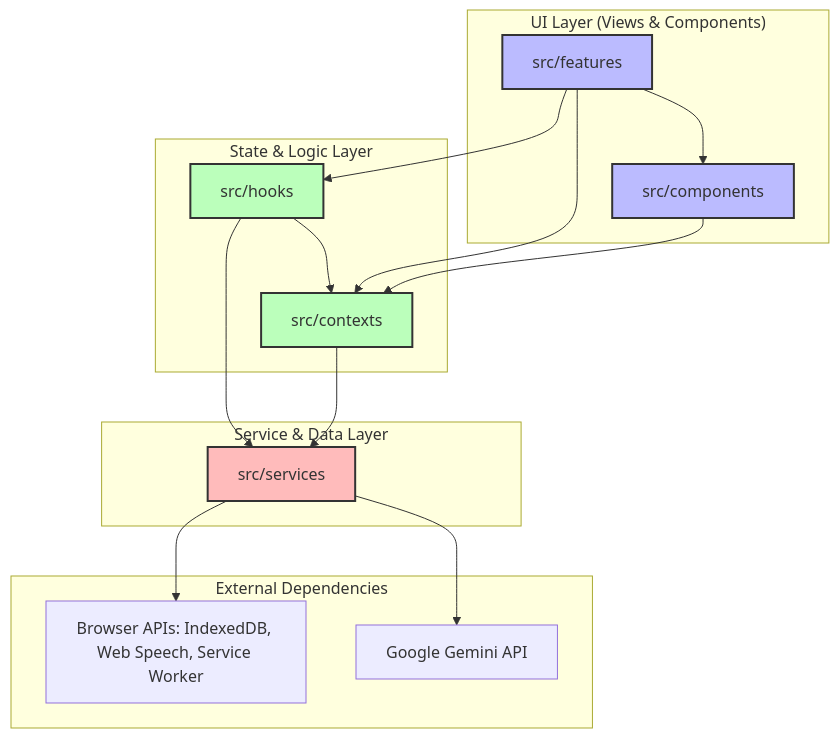
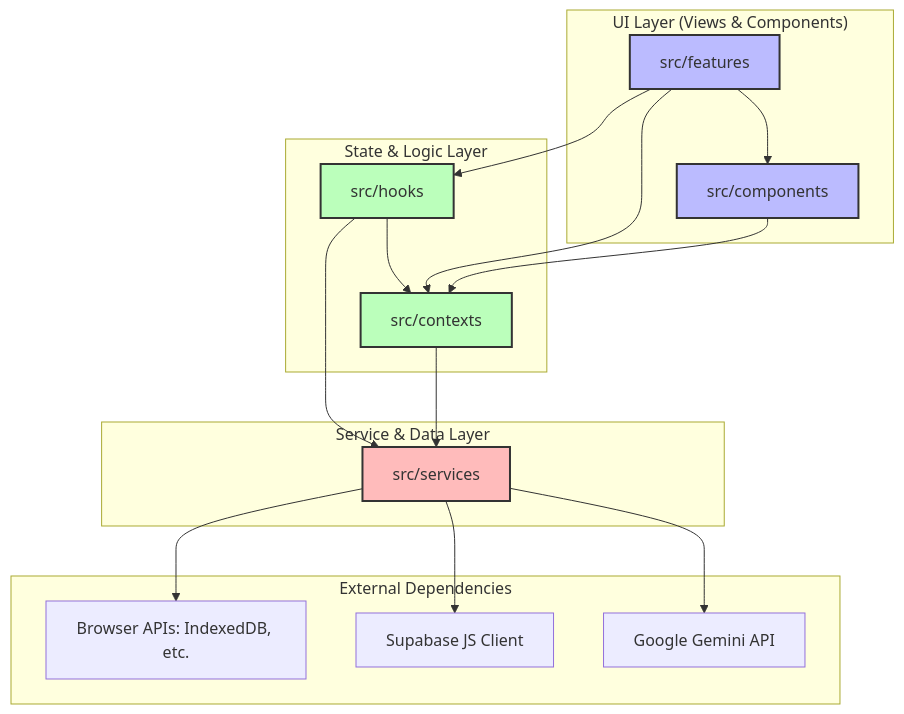
One commit to schmidtseb/japanese-reader changed the second of 3 diagrams in arc42.md. Above: the diagram before and after it, drawn with Mermaid. The commit also changed other lines of this file and 41 other files, not shown here.

````diff
--- a/arc42.md
+++ b/arc42.md
@@ -160,41 +151,43 @@
 ```mermaid
 graph TD
     subgraph "UI Layer (Views & Components)"
         Features[src/features]
         Components[src/components]
     end
 
     subgraph "State & Logic Layer"
         Contexts[src/contexts]
         Hooks[src/hooks]
     end
 
     subgraph "Service & Data Layer"
         Services[src/services]
     end
     
     subgraph "External Dependencies"
         GeminiAPI[Google Gemini API]
-        BrowserAPIs[Browser APIs: IndexedDB, Web Speech, Service Worker]
+        Supabase[Supabase JS Client]
+        BrowserAPIs[Browser APIs: IndexedDB, etc.]
     end
 
     Features --> Components
     Features --> Contexts
     Features --> Hooks
     
+    Components --> Contexts
+
     Hooks --> Contexts
     Hooks --> Services
-
-    Components --> Contexts
 
     Contexts --> Services
 
     Services --> GeminiAPI
+    Services --> Supabase
     Services --> BrowserAPIs
 
     style Features fill:#bbf,stroke:#333,stroke-width:2px
     style Components fill:#bbf,stroke:#333,stroke-width:2px
     style Contexts fill:#bfb,stroke:#333,stroke-width:2px
     style Hooks fill:#bfb,stroke:#333,stroke-width:2px
     style Services fill:#fbb,stroke:#333,stroke-width:2px
 ```
````
